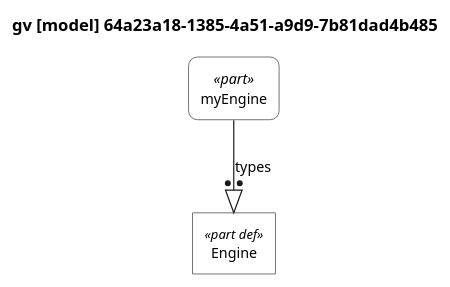
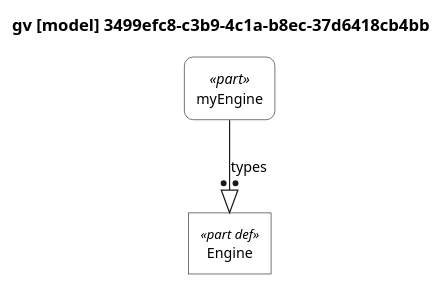
One commit to mycr0ft/sysml2py changed the diagram in docs/plantuml-examples/01-usage-vs-definition.puml. Above: the diagram before and after it, drawn with PlantUML. The commit also changed 27 other files, not shown here.

```diff
--- a/docs/plantuml-examples/01-usage-vs-definition.puml
+++ b/docs/plantuml-examples/01-usage-vs-definition.puml
@@ -1,112 +1,112 @@
 @startuml
 
 skinparam monochrome true
 skinparam wrapWidth 300
 skinparam defaultFontSize 12
 skinparam defaultFontName Helvetica
 
 ' Definitions: sharp corners, plain background
 skinparam rectangle<<part def>> {
     RoundCorner 0
     BackgroundColor white
     StereotypeFontSize 11
 }
 skinparam rectangle<<item def>> {
     RoundCorner 0
     BackgroundColor white
 }
 skinparam rectangle<<attribute def>> {
     RoundCorner 0
     BackgroundColor white
 }
 skinparam rectangle<<port def>> {
     RoundCorner 0
     BackgroundColor white
 }
 skinparam rectangle<<action def>> {
     RoundCorner 0
     BackgroundColor white
 }
 skinparam rectangle<<state def>> {
     RoundCorner 0
     BackgroundColor white
 }
 skinparam rectangle<<requirement def>> {
     RoundCorner 0
     BackgroundColor white
 }
 skinparam rectangle<<view def>> {
     RoundCorner 0
     BackgroundColor white
 }
 skinparam rectangle<<viewpoint def>> {
     RoundCorner 0
     BackgroundColor white
 }
 skinparam rectangle<<enumeration def>> {
     RoundCorner 0
     BackgroundColor white
 }
 
 ' Usages: rounded corners, plain background
 skinparam rectangle<<part>> {
     RoundCorner 15
     BackgroundColor white
 }
 skinparam rectangle<<item>> {
     RoundCorner 15
     BackgroundColor white
 }
 skinparam rectangle<<attribute>> {
     RoundCorner 15
     BackgroundColor white
 }
 skinparam rectangle<<port>> {
     RoundCorner 15
     BackgroundColor white
 }
 skinparam rectangle<<action>> {
     RoundCorner 15
     BackgroundColor white
 }
 skinparam rectangle<<state>> {
     RoundCorner 15
     BackgroundColor white
 }
 skinparam rectangle<<requirement>> {
     RoundCorner 15
     BackgroundColor white
 }
 skinparam rectangle<<view>> {
     RoundCorner 15
     BackgroundColor white
 }
 skinparam rectangle<<viewpoint>> {
     RoundCorner 15
     BackgroundColor white
 }
 skinparam rectangle<<enumeration>> {
     RoundCorner 15
     BackgroundColor white
 }
 
 ' Views as folders
 skinparam folder<<view def>> {
     BackgroundColor white
 }
 skinparam folder<<view>> {
     BackgroundColor white
 }
 
 top to bottom direction
 
-title gv [model] 64a23a18-1385-4a51-a9d9-7b81dad4b485
+title gv [model] 3499efc8-c3b9-4c1a-b8ec-37d6418cb4bb
 
 hide circle
 
 rectangle "Engine" as E1 <<part def>>
 rectangle "myEngine" as E2 <<part>>
 
 E2 --:|> E1 : types
 
 @enduml
```
